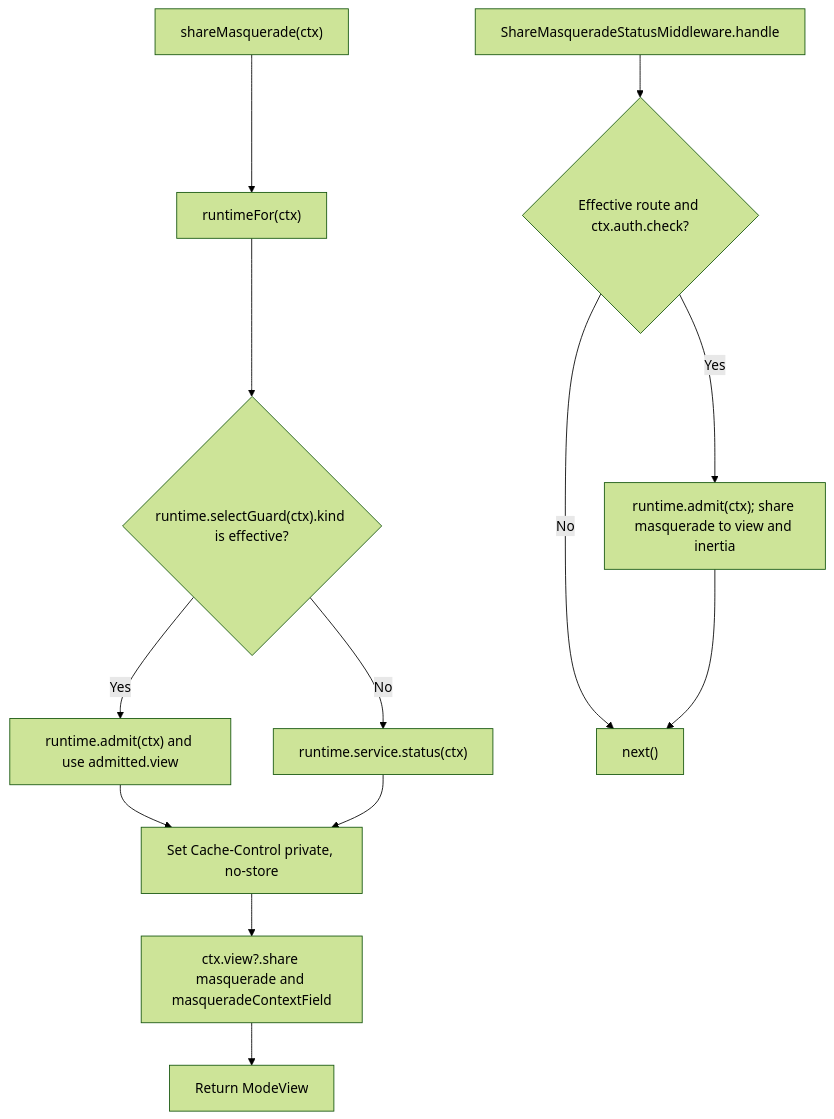
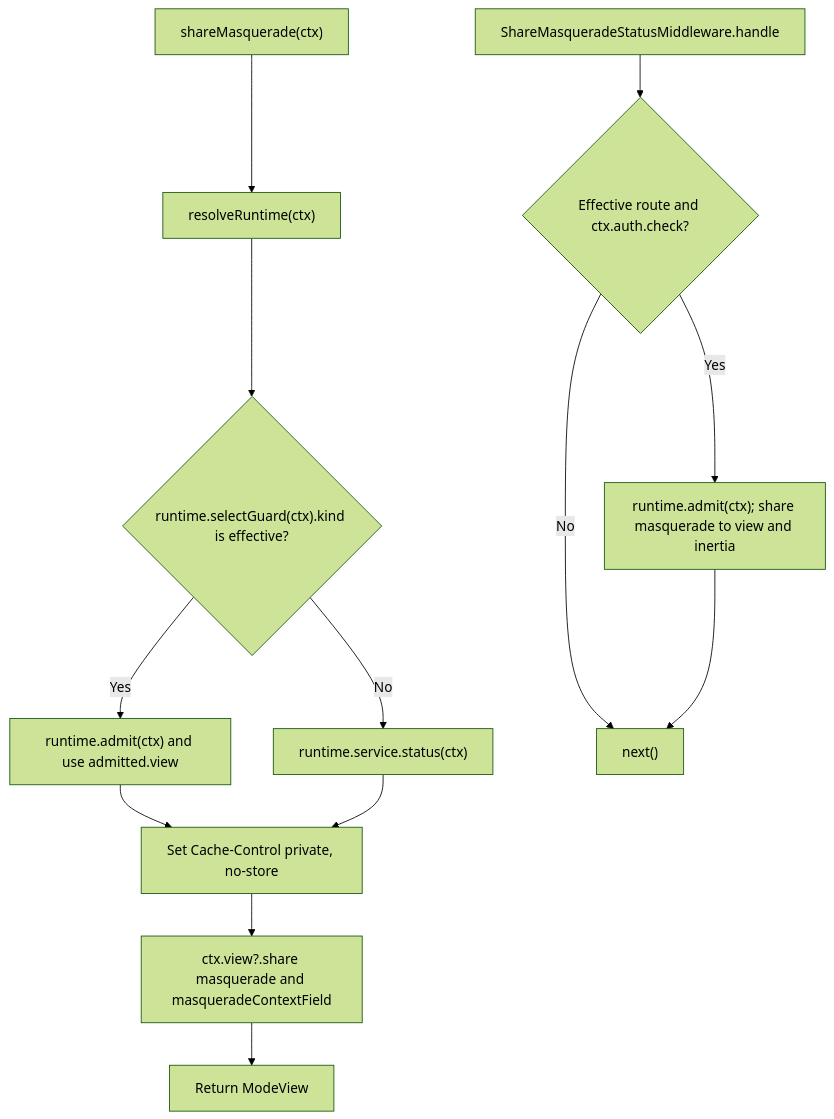
The second of 2 diagrams in user-stories/submit-context-token/us-context-02-share-edge-context.md (Kevinjohn/oss-adonisjs-masquerade), drawn with Mermaid (forest theme) before and after one commit. The commit also changed 61 other files, not shown here.

````diff
--- a/user-stories/submit-context-token/us-context-02-share-edge-context.md
+++ b/user-stories/submit-context-token/us-context-02-share-edge-context.md
@@ -38,15 +38,15 @@
 ```mermaid
 flowchart TD
-    A["shareMasquerade(ctx)"] --> B["runtimeFor(ctx)"]
+    A["shareMasquerade(ctx)"] --> B["resolveRuntime(ctx)"]
     B --> C{"runtime.selectGuard(ctx).kind is effective?"}
     C -->|Yes| D["runtime.admit(ctx) and use admitted.view"]
     C -->|No| E["runtime.service.status(ctx)"]
     D --> P["Set Cache-Control private, no-store"]
     E --> P
     P --> F["ctx.view?.share masquerade and masqueradeContextField"]
     F --> G["Return ModeView"]
     H["ShareMasqueradeStatusMiddleware.handle"] --> I{"Effective route and ctx.auth.check?"}
     I -->|No| J["next()"]
     I -->|Yes| K["runtime.admit(ctx); share masquerade to view and inertia"]
     K --> J
 ```
````
